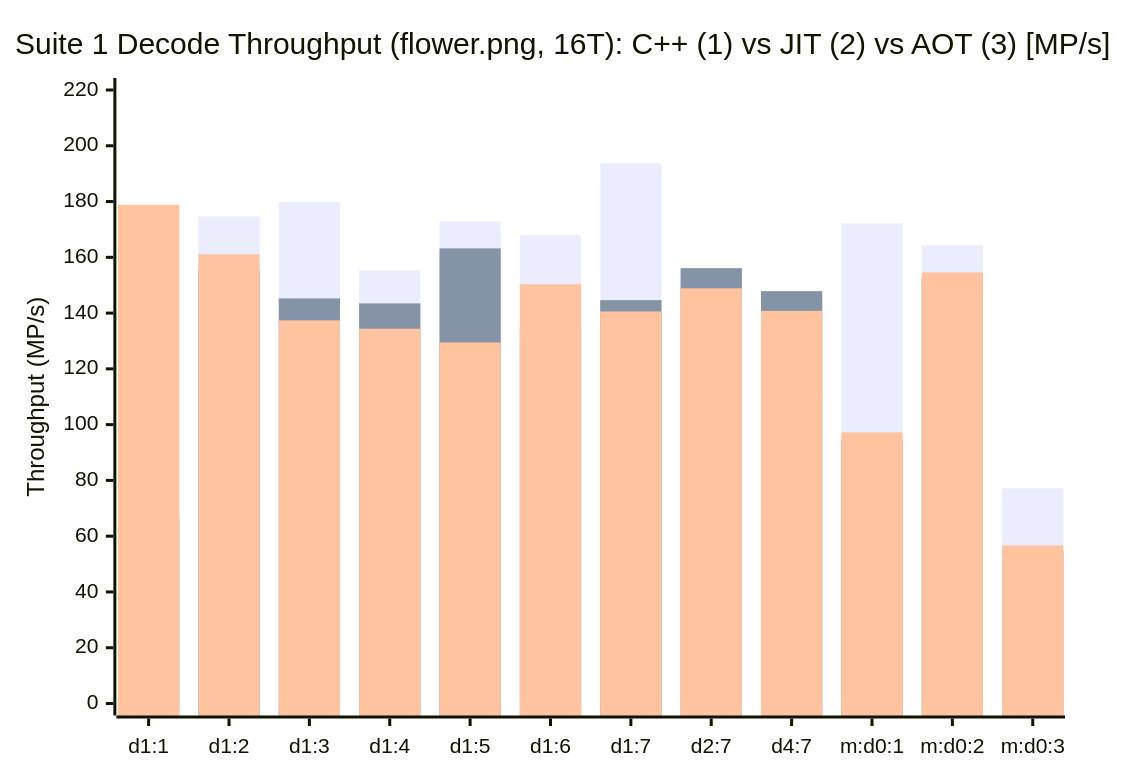
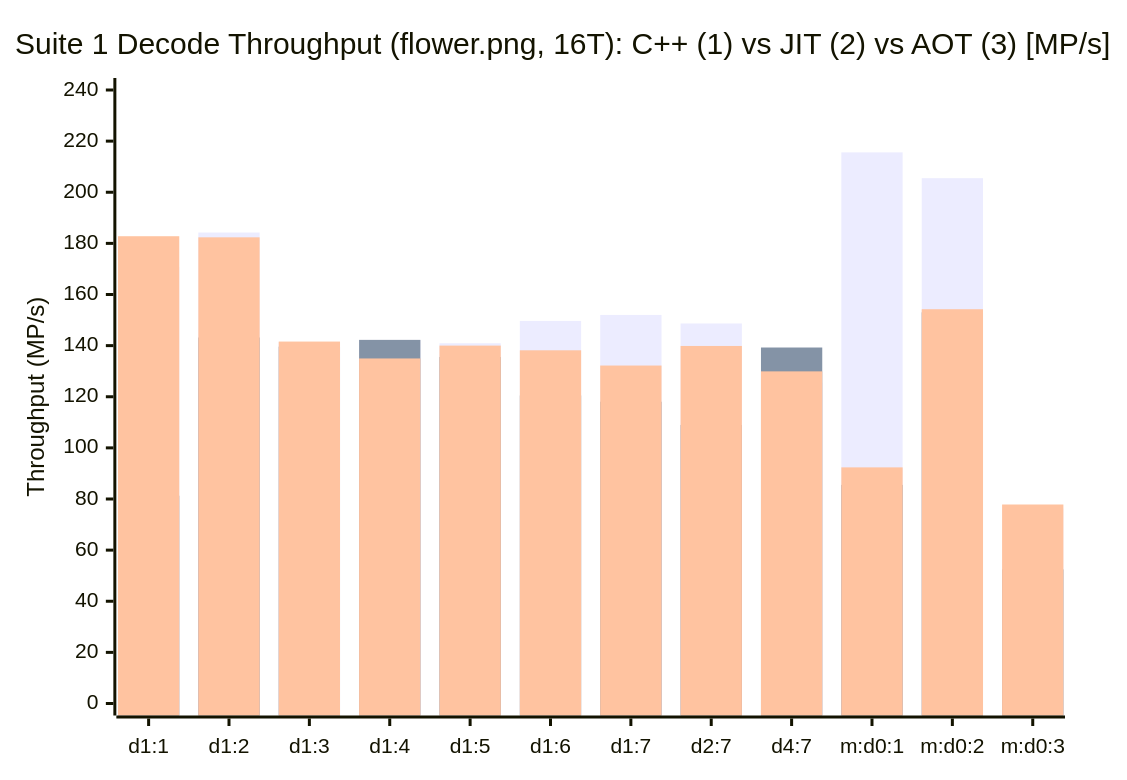
The second of 3 diagrams in benchmark.md (Hefaistos68/jxlsharp), drawn with Mermaid before and after one commit. The commit also changed other lines of this file and 8 other files, not shown here.

````diff
--- a/benchmark.md
+++ b/benchmark.md
@@ -305,9 +341,9 @@
 ```mermaid
 xychart-beta
     title "Suite 1 Decode Throughput (flower.png, 16T): C++ (1) vs JIT (2) vs AOT (3) [MP/s]"
     x-axis ["d1:1", "d1:2", "d1:3", "d1:4", "d1:5", "d1:6", "d1:7", "d2:7", "d4:7", "m:d0:1", "m:d0:2", "m:d0:3"]
-    y-axis "Throughput (MP/s)" 0 --> 220
-    bar [165.91, 174.65, 179.79, 155.26, 172.87, 167.93, 193.68, 153.68, 111.07, 172.15, 164.33, 77.19]
-    bar [67.42, 155.33, 145.25, 143.47, 163.20, 134.42, 144.65, 156.12, 147.87, 94.66, 152.85, 54.46]
-    bar [178.82, 161.06, 137.40, 134.39, 129.47, 150.34, 140.59, 148.89, 140.80, 97.23, 154.56, 56.65]
+    y-axis "Throughput (MP/s)" 0 --> 240
+    bar [170.78, 184.25, 141.38, 142.12, 140.91, 149.67, 152.00, 148.66, 125.47, 215.60, 205.50, 76.28]
+    bar [81.28, 143.17, 139.60, 142.25, 135.54, 120.50, 118.06, 108.97, 139.26, 85.51, 153.02, 52.46]
+    bar [182.80, 182.36, 141.59, 134.98, 140.01, 138.17, 132.21, 139.87, 129.93, 92.37, 154.24, 77.85]
 ```
````
